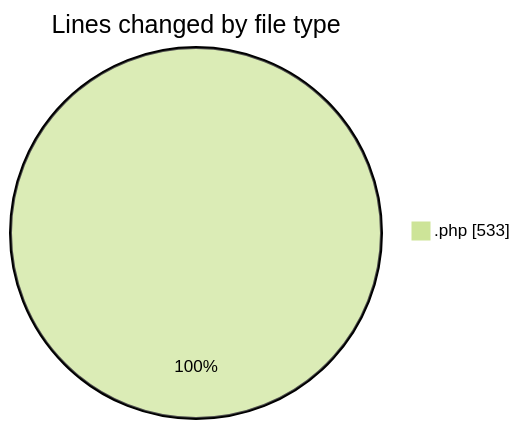
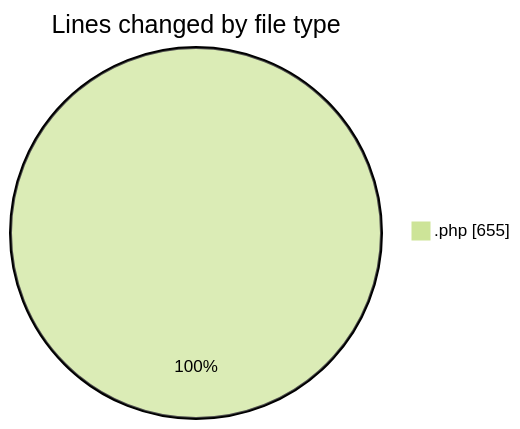
Before and after one commit to LanceThiago/code-tracking: the first of 2 diagrams in 2025-01-22/oficina/README.md, drawn with Mermaid (forest theme). The commit also changed other lines of this file and 1 other file, not shown here.

````diff
--- a/2025-01-22/oficina/README.md
+++ b/2025-01-22/oficina/README.md
@@ -22,5 +23,5 @@
 ```mermaid
 pie showData
 title Lines changed by file type
-".php" : 533
+".php" : 655
 ```
````
